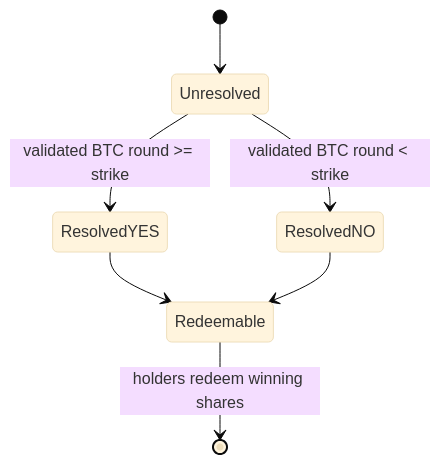
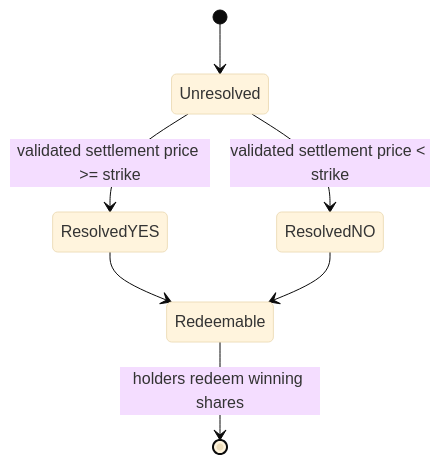
One commit to Blockchain-Oracle/noxlimit changed the fourth of 4 diagrams in .thoughts/architecture/2026-07-25-noxlimit-system-architecture.md. Above: the diagram before and after it, drawn with Mermaid (base theme). The commit also changed other lines of this file and 14 other files, not shown here.

Commit message:
docs: refine NoxLimit product architecture

````diff
--- a/.thoughts/architecture/2026-07-25-noxlimit-system-architecture.md
+++ b/.thoughts/architecture/2026-07-25-noxlimit-system-architecture.md
@@ -315,9 +391,9 @@
 ```mermaid
 stateDiagram-v2
     [*] --> Unresolved
-    Unresolved --> ResolvedYES: validated BTC round >= strike
-    Unresolved --> ResolvedNO: validated BTC round < strike
+    Unresolved --> ResolvedYES: validated settlement price >= strike
+    Unresolved --> ResolvedNO: validated settlement price < strike
     ResolvedYES --> Redeemable
     ResolvedNO --> Redeemable
     Redeemable --> [*]: holders redeem winning shares
 ```
````
